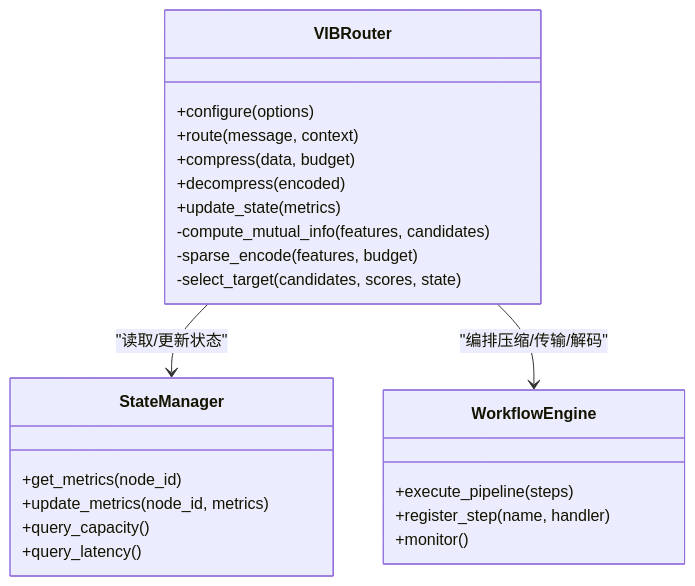
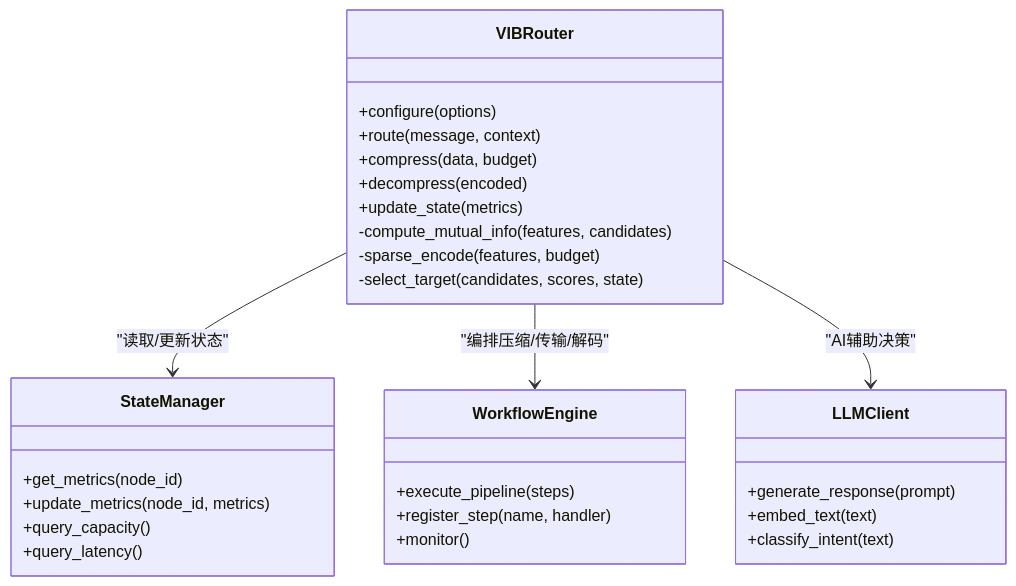
The third of 4 diagrams in .qoder/repowiki/zh/content/核心架构/VIB路由器.md (QuStarry/VIB-SparseCommunication), drawn with Mermaid before and after one commit. The commit also changed other lines of this file and 28 other files, not shown here.

````diff
--- a/.qoder/repowiki/zh/content/核心架构/VIB路由器.md
+++ b/.qoder/repowiki/zh/content/核心架构/VIB路由器.md
@@ -139,26 +157,32 @@
 ```mermaid
 classDiagram
 class VIBRouter {
 +configure(options)
 +route(message, context)
 +compress(data, budget)
 +decompress(encoded)
 +update_state(metrics)
 -compute_mutual_info(features, candidates)
 -sparse_encode(features, budget)
 -select_target(candidates, scores, state)
 }
 class StateManager {
 +get_metrics(node_id)
 +update_metrics(node_id, metrics)
 +query_capacity()
 +query_latency()
 }
 class WorkflowEngine {
 +execute_pipeline(steps)
 +register_step(name, handler)
 +monitor()
 }
+class LLMClient {
++generate_response(prompt)
++embed_text(text)
++classify_intent(text)
+}
 VIBRouter --> StateManager : "读取/更新状态"
 VIBRouter --> WorkflowEngine : "编排压缩/传输/解码"
+VIBRouter --> LLMClient : "AI辅助决策"
 ```
````
